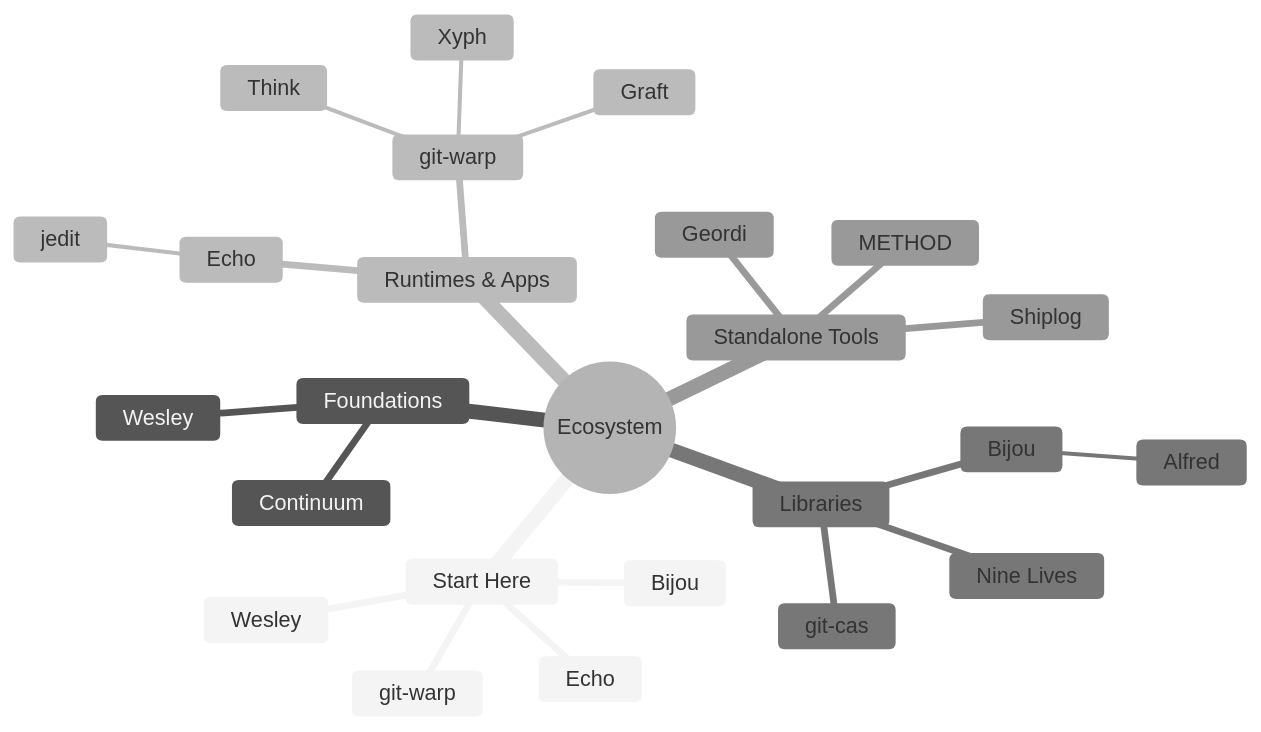
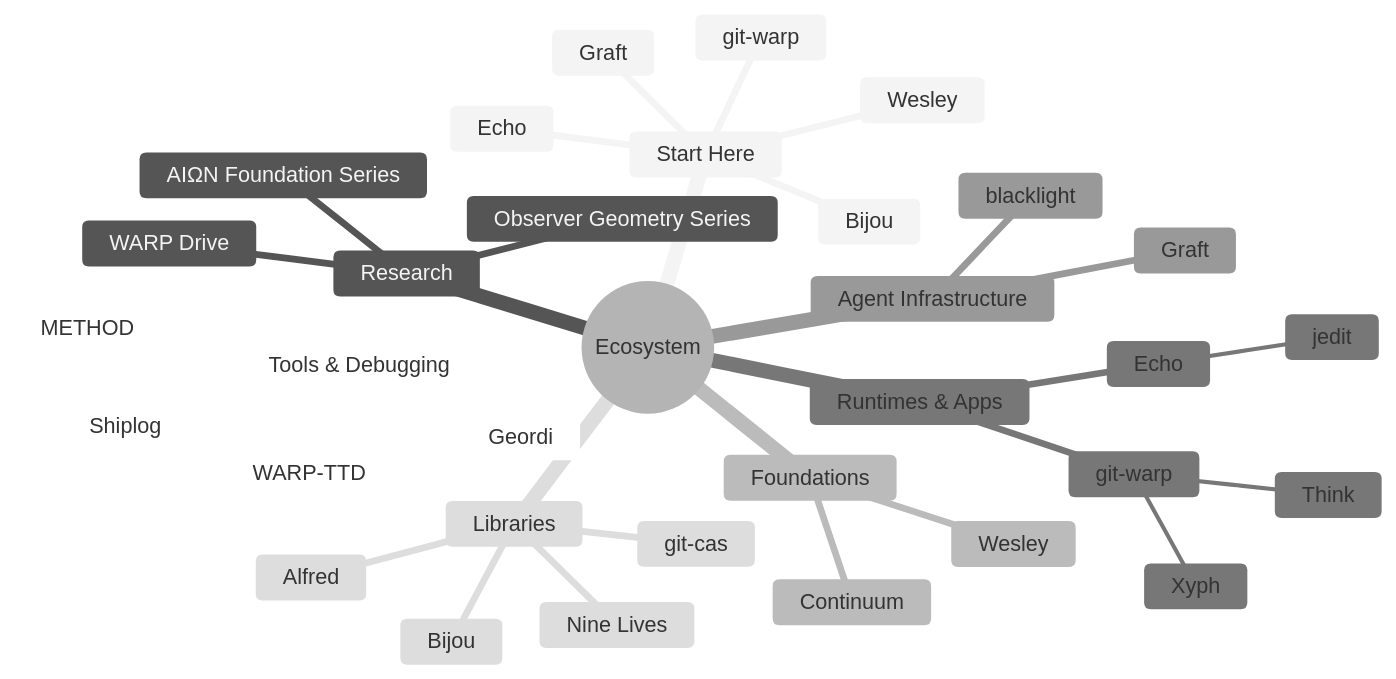
One commit to flyingrobots/flyingrobots changed the diagram in README.md. Above: the diagram before and after it, drawn with Mermaid (neutral theme).

Commit message:
Revise README to add Graft and update sections
Updated the structure of the README to include Graft and reorganized sections.

````diff
--- a/README.md
+++ b/README.md
@@ -23,28 +23,36 @@
 ```mermaid
 mindmap
   root((Ecosystem))
     Start Here
       Bijou
       Wesley
+      Graft
       Echo
       git-warp
+    Research
+      AIΩN Foundation Series
+      Observer Geometry Series
+      WARP Drive
     Foundations
       Continuum
       Wesley
     Runtimes & Apps
       Echo
         jedit
       git-warp
-        Graft
         Think
         Xyph
+    Agent Infrastructure
+      Graft
+      blacklight
     Libraries
       Bijou
-        Alfred
+      Alfred
       Nine Lives
       git-cas
-    Standalone Tools
+    Tools & Debugging
+      WARP-TTD
       Geordi
       Shiplog
       METHOD
 ```
````
